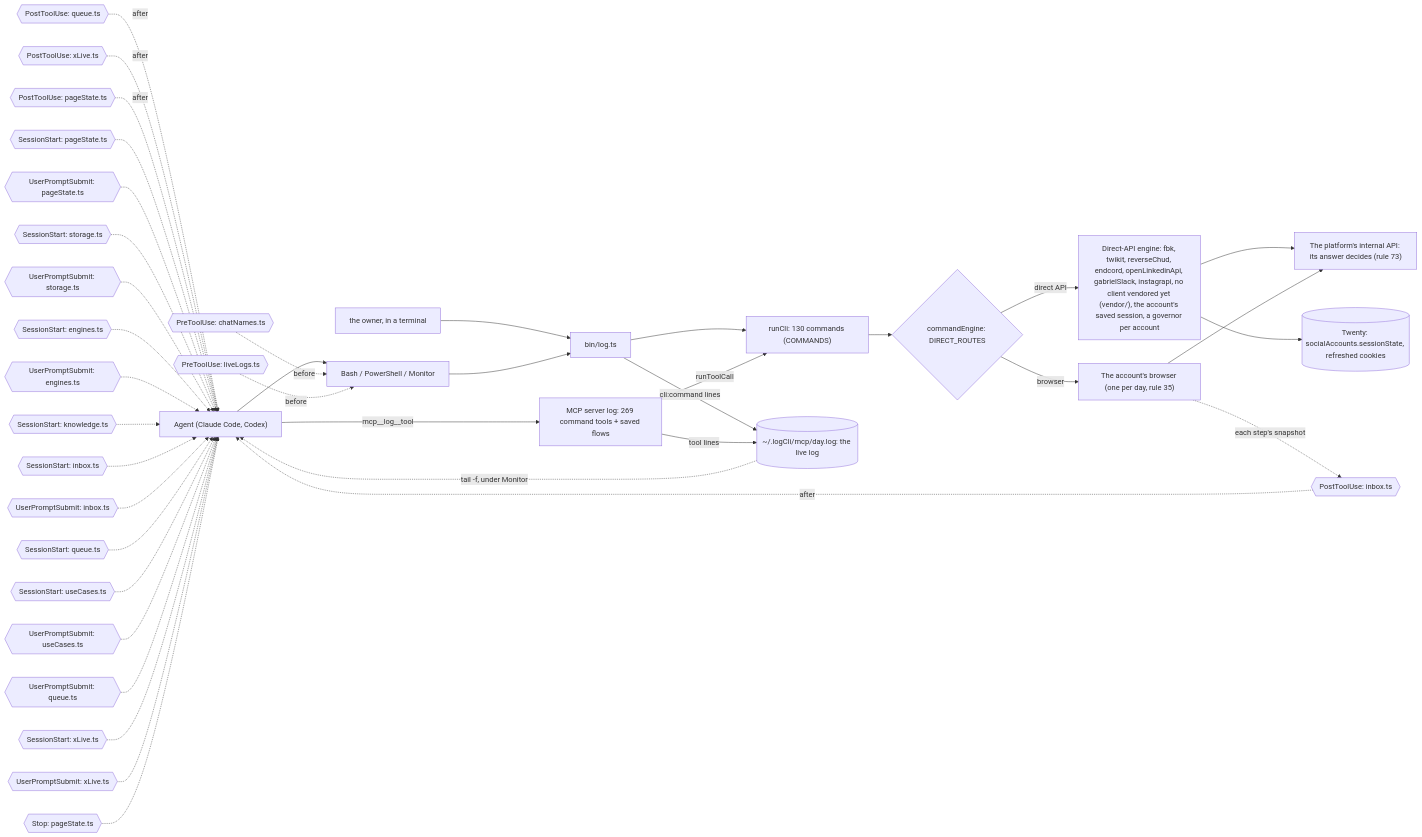
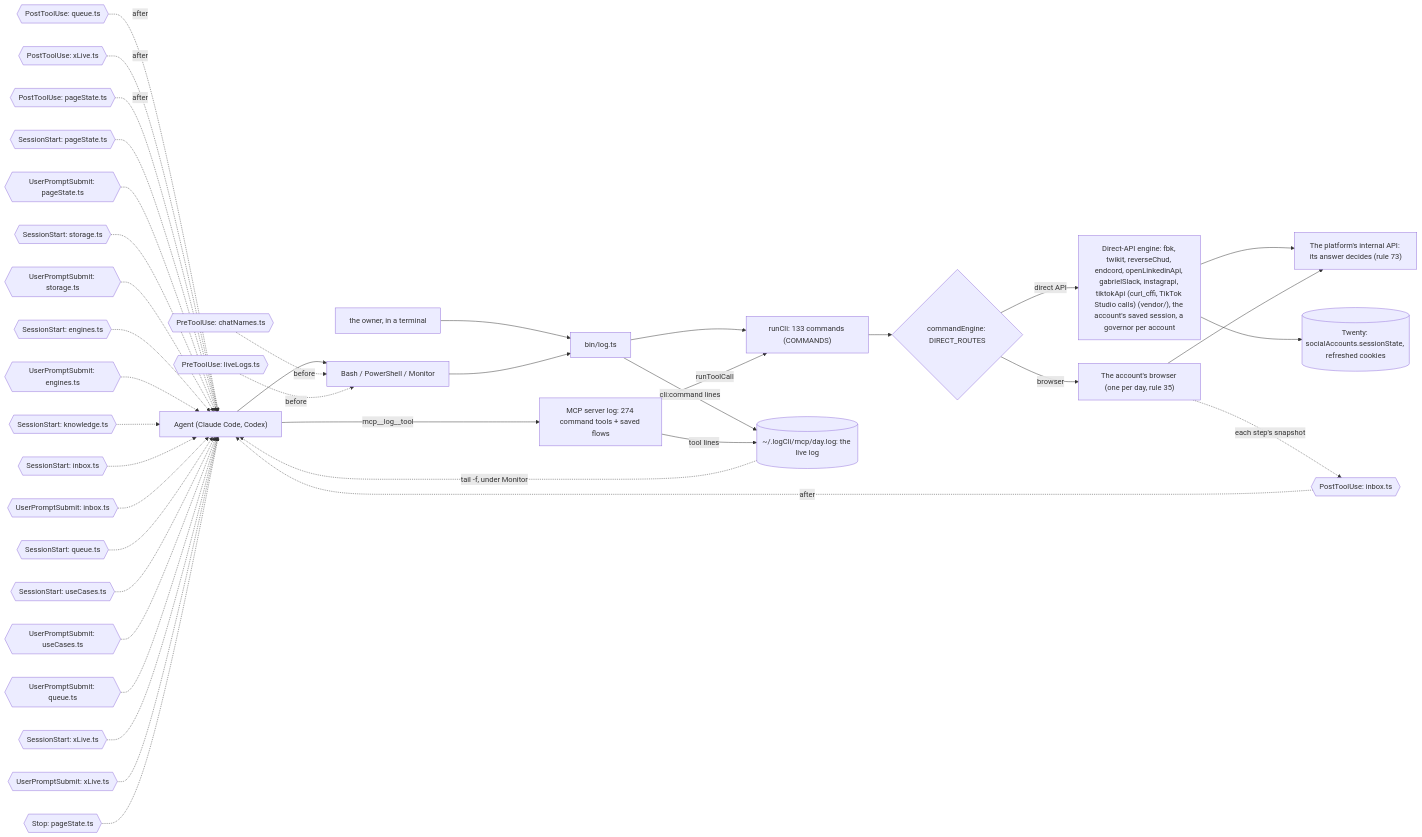
The diagram in docs/diagrams/surface.mmd (aggelos-pappas/log), drawn with Mermaid before and after one commit. The commit also changed 29 other files, not shown here.

Commit message:
feat(tiktok): stats, post and delete on the direct API, faster browser flows

```diff
--- a/docs/diagrams/surface.mmd
+++ b/docs/diagrams/surface.mmd
@@ -1,53 +1,53 @@
 %% How a call reaches log-cli. From a shell or over MCP, both run the same commands through `runCli`, write the same live log, and pass through the same hooks. `commandEngine` sends each command to the platform's direct API or to the account's browser.
 %% Written by `bun run docs:build` from the code (rule 56). Not edited by hand.
 flowchart LR
   agent["Agent (Claude Code, Codex)"]
   owner["the owner, in a terminal"]
   shell["Bash / PowerShell / Monitor"]
-  mcp["MCP server log: 269 command tools + saved flows"]
+  mcp["MCP server log: 274 command tools + saved flows"]
   bin["bin/log.ts"]
-  runCli["runCli: 130 commands (COMMANDS)"]
+  runCli["runCli: 133 commands (COMMANDS)"]
   live[("~/.logCli/mcp/day.log: the live log")]
   engine{"commandEngine: DIRECT_ROUTES"}
-  direct["Direct-API engine: fbk, twikit, reverseChud, endcord, openLinkedinApi, gabrielSlack, instagrapi, no client vendored yet (vendor/), the account's saved session, a governor per account"]
+  direct["Direct-API engine: fbk, twikit, reverseChud, endcord, openLinkedinApi, gabrielSlack, instagrapi, tiktokApi (curl_cffi, TikTok Studio calls) (vendor/), the account's saved session, a governor per account"]
   browser["The account's browser (one per day, rule 35)"]
   api["The platform's internal API: its answer decides (rule 73)"]
   twenty[("Twenty: socialAccounts.sessionState, refreshed cookies")]
   agent --> shell
   owner --> bin
   shell --> bin
   agent -->|mcp__log__tool| mcp
   bin --> runCli
   mcp -->|runToolCall| runCli
   runCli --> engine
   engine -->|direct API| direct
   engine -->|browser| browser
   direct --> api
   browser --> api
   direct --> twenty
   bin -->|cli:command lines| live
   mcp -->|tool lines| live
   live -.->|tail -f, under Monitor| agent
   pre0{{"PreToolUse: chatNames.ts"}} -.->|before| shell
   pre1{{"PreToolUse: liveLogs.ts"}} -.->|before| shell
   post0{{"PostToolUse: inbox.ts"}} -.->|after| agent
   post1{{"PostToolUse: queue.ts"}} -.->|after| agent
   post2{{"PostToolUse: xLive.ts"}} -.->|after| agent
   post3{{"PostToolUse: pageState.ts"}} -.->|after| agent
   turn0{{"SessionStart: pageState.ts"}} -.-> agent
   turn1{{"UserPromptSubmit: pageState.ts"}} -.-> agent
   turn2{{"SessionStart: storage.ts"}} -.-> agent
   turn3{{"UserPromptSubmit: storage.ts"}} -.-> agent
   turn4{{"SessionStart: engines.ts"}} -.-> agent
   turn5{{"UserPromptSubmit: engines.ts"}} -.-> agent
   turn6{{"SessionStart: knowledge.ts"}} -.-> agent
   turn7{{"SessionStart: inbox.ts"}} -.-> agent
   turn8{{"UserPromptSubmit: inbox.ts"}} -.-> agent
   turn9{{"SessionStart: queue.ts"}} -.-> agent
   turn10{{"SessionStart: useCases.ts"}} -.-> agent
   turn11{{"UserPromptSubmit: useCases.ts"}} -.-> agent
   turn12{{"UserPromptSubmit: queue.ts"}} -.-> agent
   turn13{{"SessionStart: xLive.ts"}} -.-> agent
   turn14{{"UserPromptSubmit: xLive.ts"}} -.-> agent
   turn15{{"Stop: pageState.ts"}} -.-> agent
   browser -.->|each step's snapshot| post0
```
